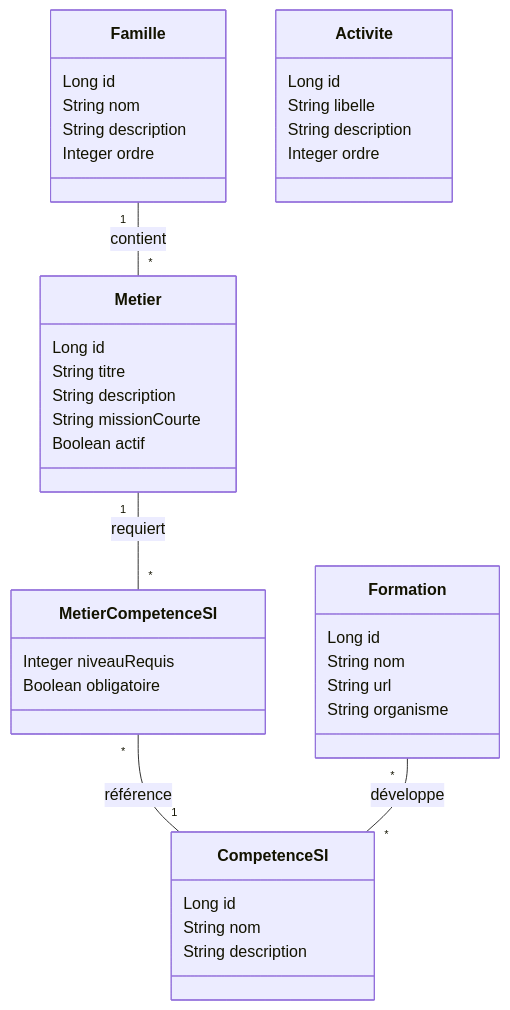
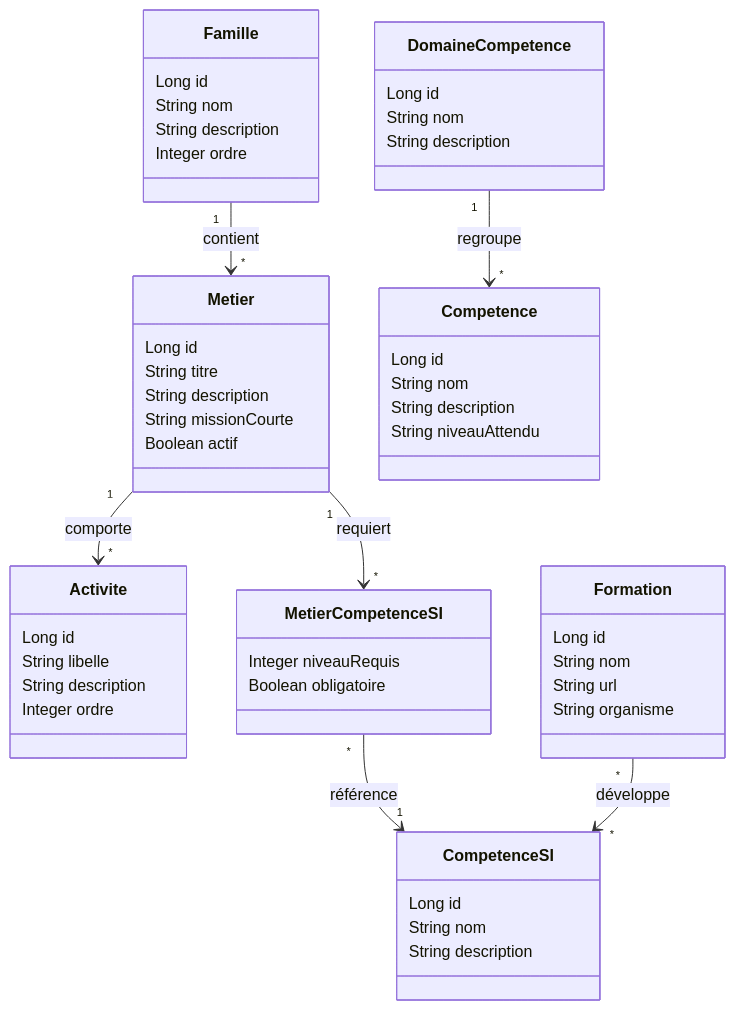
Before and after one commit to Nabilou-Anoir/projet-tutore-rh: the diagram in README.md, drawn with Mermaid. The commit also changed other lines of this file and 21 other files, not shown here.

````diff
--- a/README.md
+++ b/README.md
@@ -58,42 +69,55 @@
 ```mermaid
 classDiagram
     class Famille {
         Long id
         String nom
         String description
         Integer ordre
     }
     class Metier {
         Long id
         String titre
         String description
         String missionCourte
         Boolean actif
     }
     class Activite {
         Long id
         String libelle
         String description
         Integer ordre
     }
     class CompetenceSI {
         Long id
         String nom
         String description
     }
     class MetierCompetenceSI {
         Integer niveauRequis
         Boolean obligatoire
     }
     class Formation {
         Long id
         String nom
         String url
         String organisme
     }
+    class DomaineCompetence {
+        Long id
+        String nom
+        String description
+    }
+    class Competence {
+        Long id
+        String nom
+        String description
+        String niveauAttendu
+    }
 
-    Famille "1" -- "*" Metier : contient
-    Metier "1" -- "*" MetierCompetenceSI : requiert
-    MetierCompetenceSI "*" -- "1" CompetenceSI : référence
-    Formation "*" -- "*" CompetenceSI : développe
+    Famille "1" --> "*" Metier : contient
+    Metier "1" --> "*" Activite : comporte
+    Metier "1" --> "*" MetierCompetenceSI : requiert
+    MetierCompetenceSI "*" --> "1" CompetenceSI : référence
+    Formation "*" --> "*" CompetenceSI : développe
+    DomaineCompetence "1" --> "*" Competence : regroupe
 ```
````
